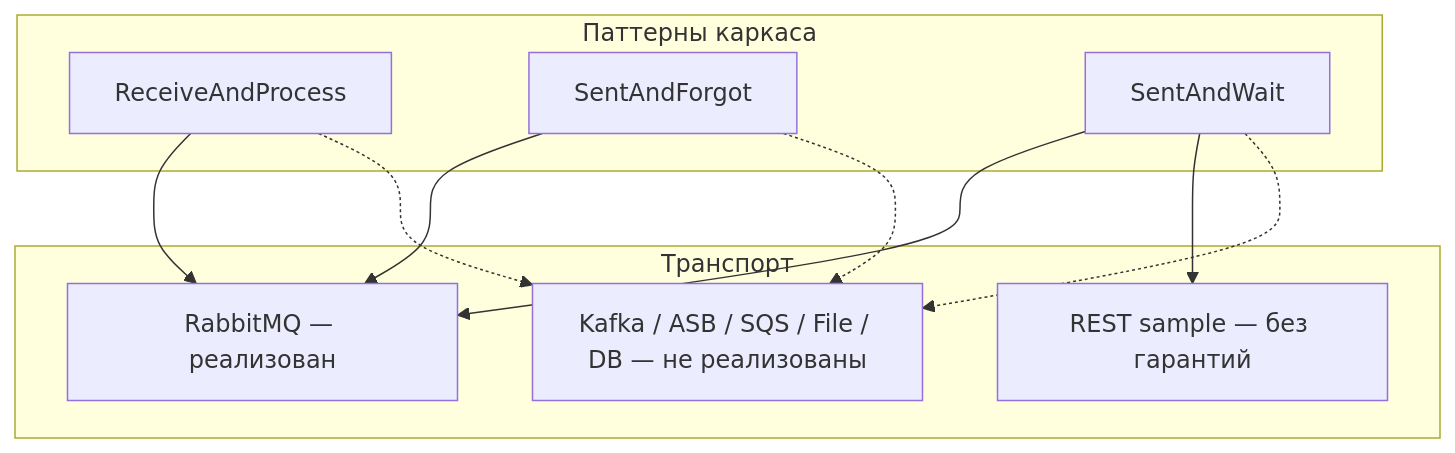
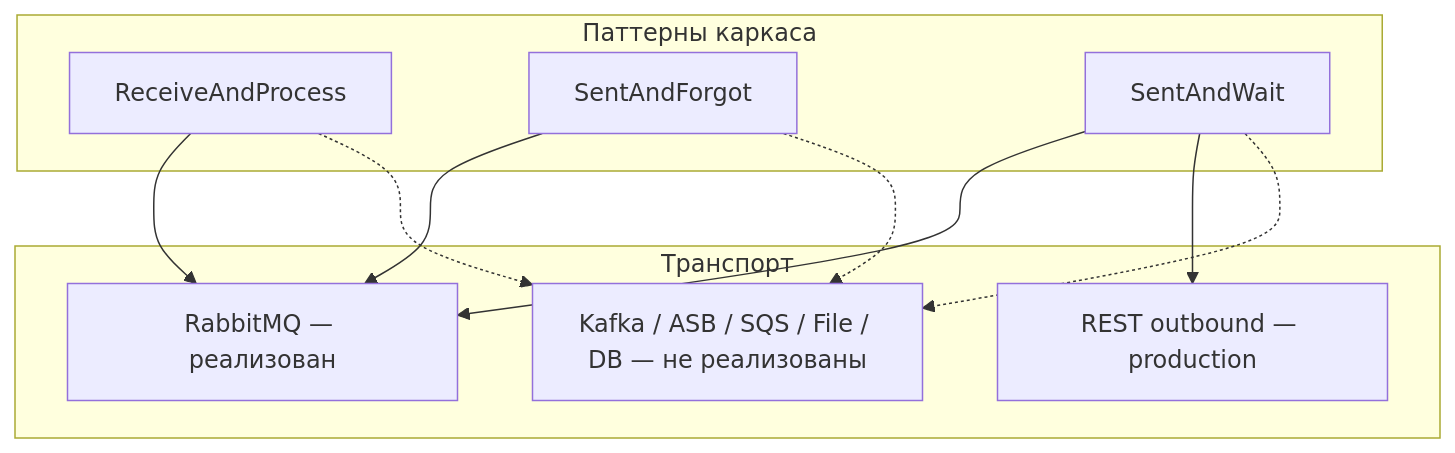
The first of 2 diagrams in docs/2026-07-04_2338-integration-types-full-report.md (OrlovAlexander/IntegrationFlow), drawn with Mermaid before and after one commit. The commit also changed other lines of this file and 68 other files, not shown here.

````diff
--- a/docs/2026-07-04_2338-integration-types-full-report.md
+++ b/docs/2026-07-04_2338-integration-types-full-report.md
@@ -24,22 +24,22 @@
 ```mermaid
 flowchart TB
     subgraph patterns [Паттерны каркаса]
         RAP[ReceiveAndProcess]
         SAF[SentAndForgot]
         SAW[SentAndWait]
     end
 
     subgraph transport [Транспорт]
         RMQ[RabbitMQ — реализован]
-        REST[REST sample — без гарантий]
+        REST[REST outbound — production]
         OTHER[Kafka / ASB / SQS / File / DB — не реализованы]
     end
 
     RAP --> RMQ
     SAF --> RMQ
     SAW --> RMQ
     SAW --> REST
     RAP -.-> OTHER
     SAF -.-> OTHER
     SAW -.-> OTHER
 ```
````
